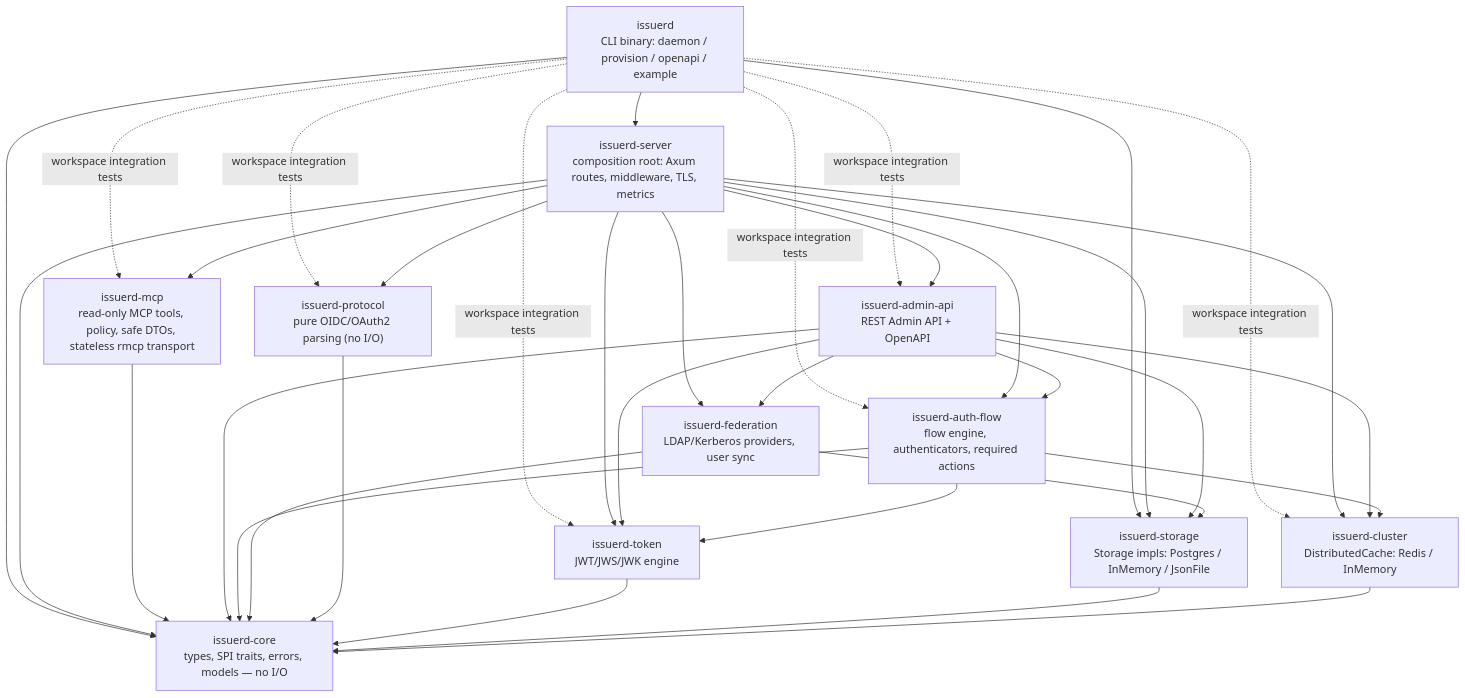
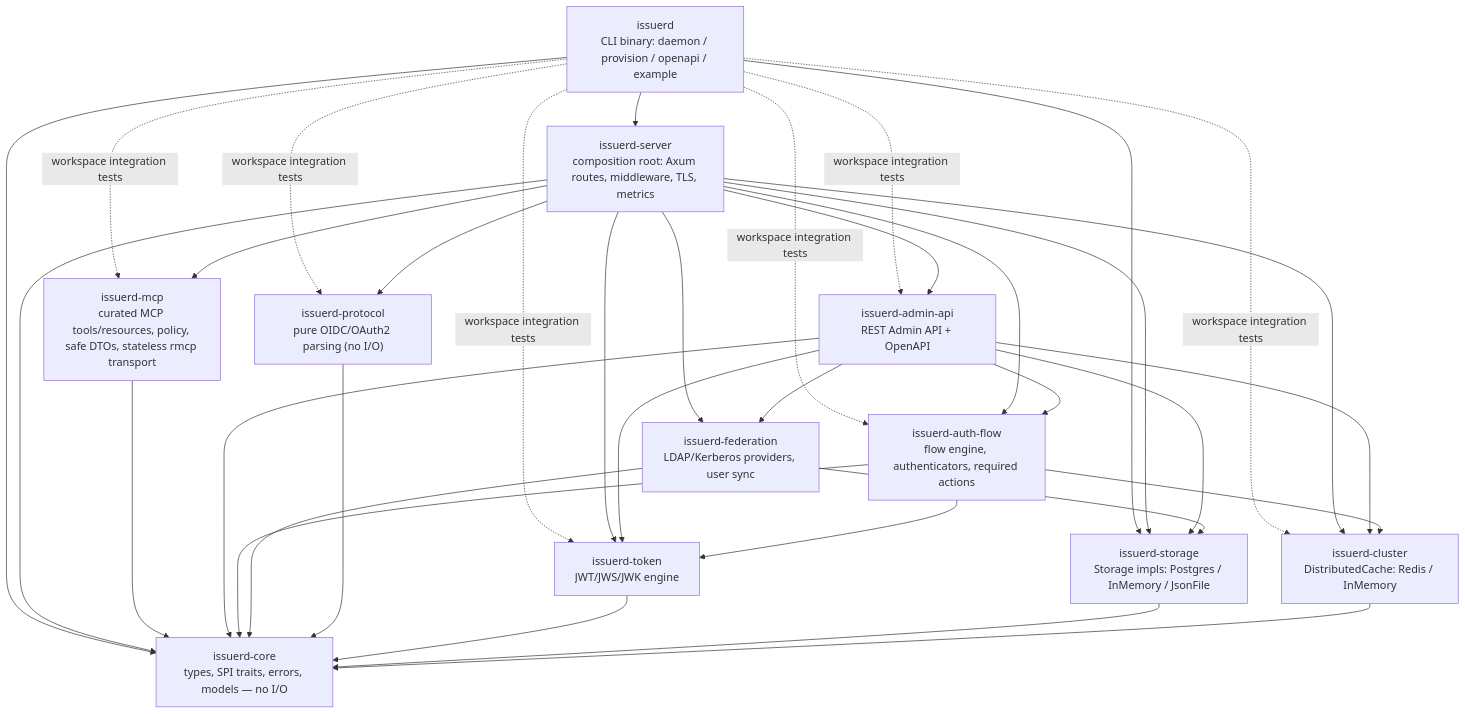
Before and after one commit to issuerd/issuerd: the diagram in ARCHITECTURE.md, drawn with Mermaid. The commit also changed 92 other files, not shown here.

````diff
--- a/ARCHITECTURE.md
+++ b/ARCHITECTURE.md
@@ -21,49 +21,49 @@
 ```mermaid
 flowchart TD
     issuerd["issuerd<br/>CLI binary: daemon / provision / openapi / example"]
     issuerd_server["issuerd-server<br/>composition root: Axum routes, middleware, TLS, metrics"]
     issuerd_admin_api["issuerd-admin-api<br/>REST Admin API + OpenAPI"]
     issuerd_auth_flow["issuerd-auth-flow<br/>flow engine, authenticators, required actions"]
     issuerd_federation["issuerd-federation<br/>LDAP/Kerberos providers, user sync"]
     issuerd_protocol["issuerd-protocol<br/>pure OIDC/OAuth2 parsing (no I/O)"]
     issuerd_token["issuerd-token<br/>JWT/JWS/JWK engine"]
     issuerd_storage["issuerd-storage<br/>Storage impls: Postgres / InMemory / JsonFile"]
     issuerd_cluster["issuerd-cluster<br/>DistributedCache: Redis / InMemory"]
-    issuerd_mcp["issuerd-mcp<br/>read-only MCP tools, policy, safe DTOs, stateless rmcp transport"]
+    issuerd_mcp["issuerd-mcp<br/>curated MCP tools/resources, policy, safe DTOs, stateless rmcp transport"]
     issuerd_core["issuerd-core<br/>types, SPI traits, errors, models — no I/O"]
 
     issuerd --> issuerd_server
     issuerd --> issuerd_core
     issuerd --> issuerd_storage
     issuerd -. "workspace integration tests" .-> issuerd_protocol
     issuerd -. "workspace integration tests" .-> issuerd_auth_flow
     issuerd -. "workspace integration tests" .-> issuerd_token
     issuerd -. "workspace integration tests" .-> issuerd_cluster
     issuerd -. "workspace integration tests" .-> issuerd_admin_api
     issuerd -. "workspace integration tests" .-> issuerd_mcp
     issuerd_server --> issuerd_admin_api
     issuerd_server --> issuerd_auth_flow
     issuerd_server --> issuerd_federation
     issuerd_server --> issuerd_protocol
     issuerd_server --> issuerd_token
     issuerd_server --> issuerd_storage
     issuerd_server --> issuerd_cluster
     issuerd_server --> issuerd_mcp
     issuerd_server --> issuerd_core
     issuerd_mcp --> issuerd_core
     issuerd_admin_api --> issuerd_auth_flow
     issuerd_admin_api --> issuerd_federation
     issuerd_admin_api --> issuerd_token
     issuerd_admin_api --> issuerd_storage
     issuerd_admin_api --> issuerd_cluster
     issuerd_auth_flow --> issuerd_token
     issuerd_auth_flow --> issuerd_cluster
     issuerd_federation --> issuerd_storage
     issuerd_admin_api --> issuerd_core
     issuerd_auth_flow --> issuerd_core
     issuerd_federation --> issuerd_core
     issuerd_protocol --> issuerd_core
     issuerd_token --> issuerd_core
     issuerd_storage --> issuerd_core
     issuerd_cluster --> issuerd_core
 ```
````
